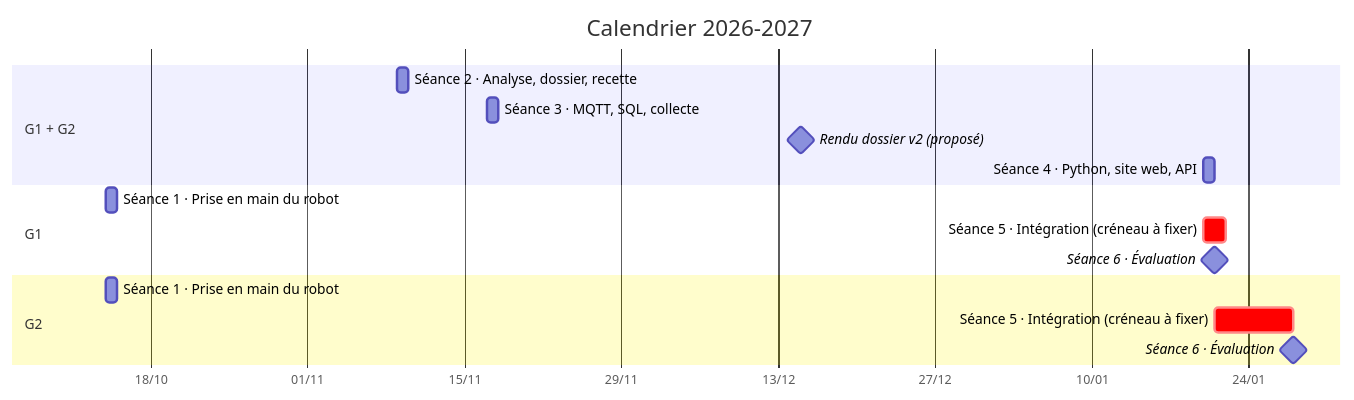
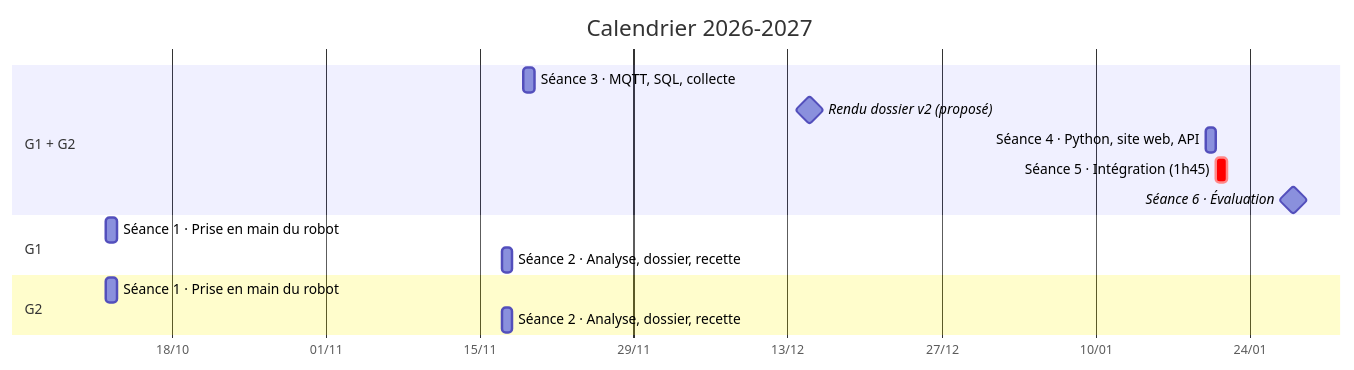
One commit to fabrice1618/niryo2 changed the first of 4 diagrams in progression_pedagogique/BACHINGE24.md. Above: the diagram before and after it, drawn with Mermaid. The commit also changed other lines of this file and 3 other files, not shown here.

````diff
--- a/progression_pedagogique/BACHINGE24.md
+++ b/progression_pedagogique/BACHINGE24.md
@@ -83,21 +84,20 @@
 ```mermaid
 gantt
     title Calendrier 2026-2027
     dateFormat YYYY-MM-DD
     axisFormat %d/%m
     tickInterval 2week
     todayMarker off
     section G1 + G2
-        Séance 2 · Analyse, dossier, recette      : 2026-11-09, 1d
-        Séance 3 · MQTT, SQL, collecte            : 2026-11-17, 1d
+        Séance 3 · MQTT, SQL, collecte            : 2026-11-19, 1d
         Rendu dossier v2 (proposé)                : milestone, 2026-12-15, 0d
         Séance 4 · Python, site web, API          : 2027-01-20, 1d
+        Séance 5 · Intégration (1h45)             : crit, 2027-01-21, 1d
+        Séance 6 · Évaluation                     : milestone, 2027-01-28, 0d
     section G1
-        Séance 1 · Prise en main du robot         : 2026-10-14, 1d
-        Séance 5 · Intégration (créneau à fixer)  : crit, 2027-01-20, 2d
-        Séance 6 · Évaluation                     : milestone, 2027-01-21, 0d
+        Séance 1 · Prise en main du robot         : 2026-10-12, 1d
+        Séance 2 · Analyse, dossier, recette      : 2026-11-17, 1d
     section G2
-        Séance 1 · Prise en main du robot         : 2026-10-14, 1d
-        Séance 5 · Intégration (créneau à fixer)  : crit, 2027-01-21, 7d
-        Séance 6 · Évaluation                     : milestone, 2027-01-28, 0d
+        Séance 1 · Prise en main du robot         : 2026-10-12, 1d
+        Séance 2 · Analyse, dossier, recette      : 2026-11-17, 1d
 ```
````
